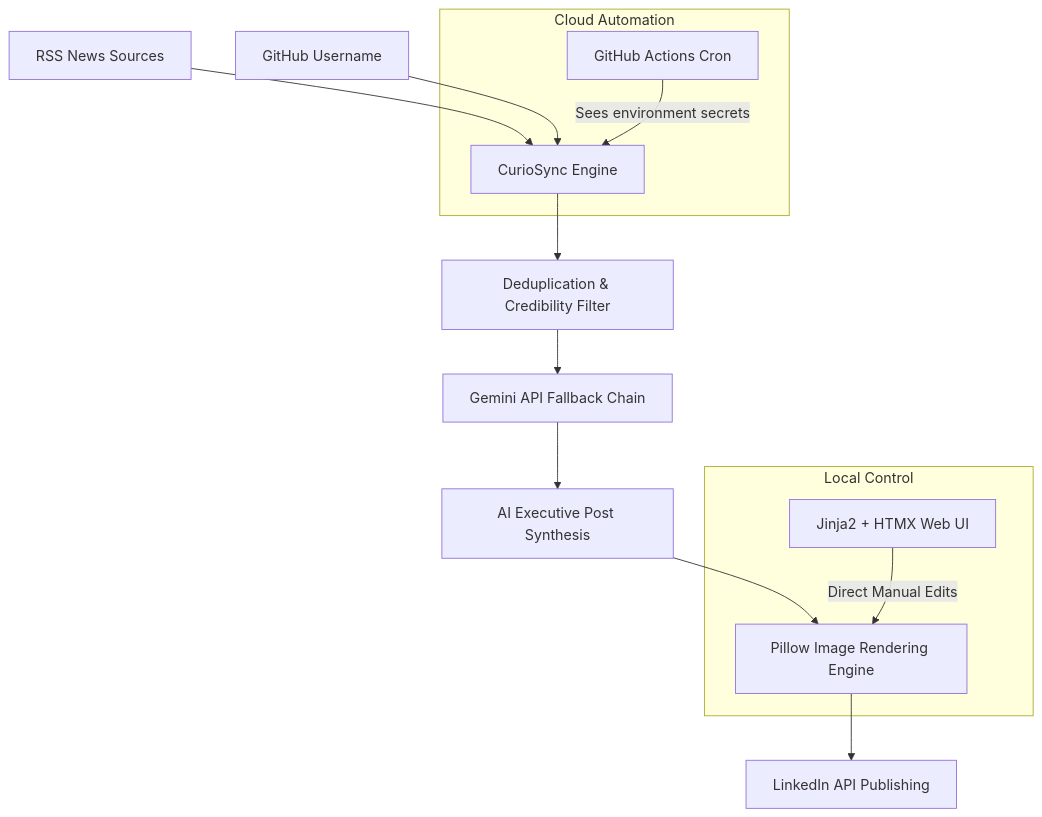
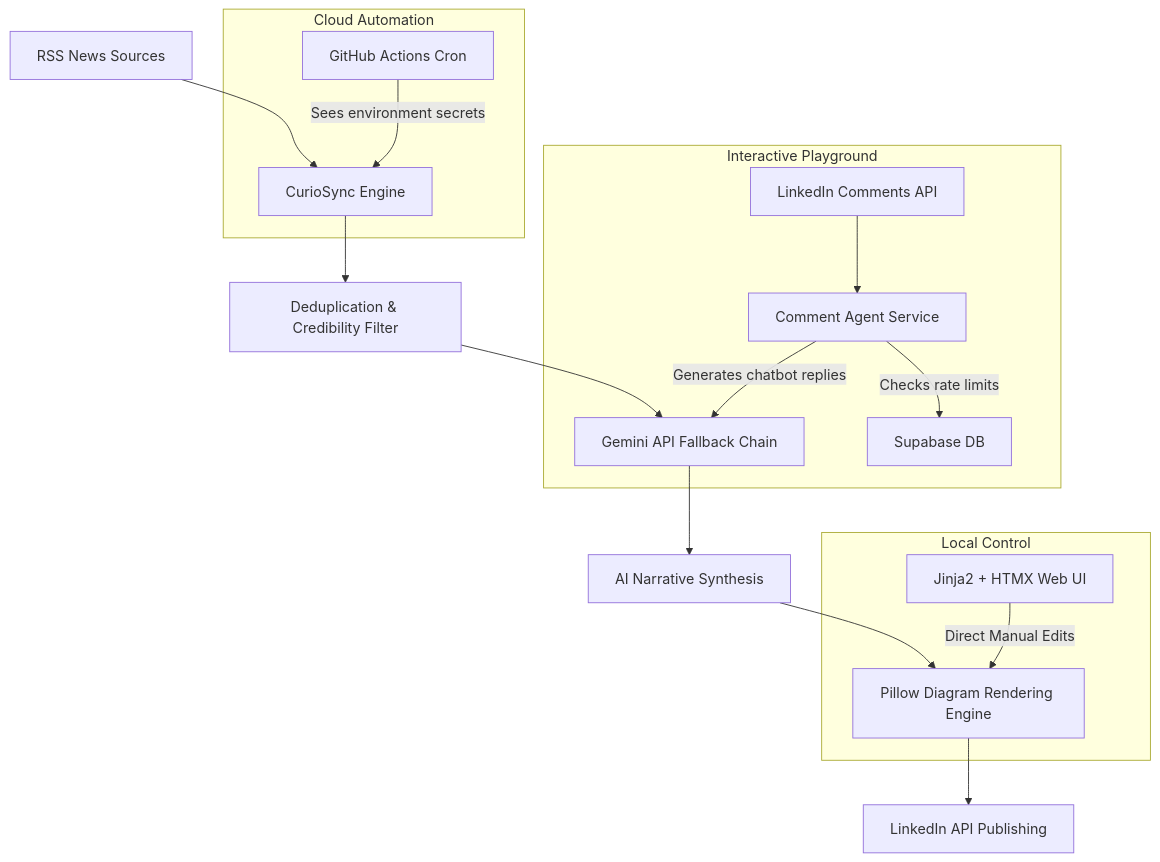
Before and after one commit to Deshraj-Jogiya/curiosync: the diagram in README.md, drawn with Mermaid. The commit also changed other lines of this file and 6 other files, not shown here.

````diff
--- a/README.md
+++ b/README.md
@@ -23,18 +23,23 @@
 ```mermaid
 graph TD
     A[RSS News Sources] --> B[CurioSync Engine]
-    C[GitHub Username] --> B
     B --> D[Deduplication & Credibility Filter]
     D --> E[Gemini API Fallback Chain]
-    E --> F[AI Executive Post Synthesis]
-    F --> G[Pillow Image Rendering Engine]
+    E --> F[AI Narrative Synthesis]
+    F --> G[Pillow Diagram Rendering Engine]
     G --> H[LinkedIn API Publishing]
     
     subgraph Cloud Automation
         I[GitHub Actions Cron] -->|Sees environment secrets| B
     end
     
     subgraph Local Control
         J[Jinja2 + HTMX Web UI] -->|Direct Manual Edits| G
     end
+    
+    subgraph Interactive Playground
+        K[LinkedIn Comments API] --> L[Comment Agent Service]
+        L -->|Checks rate limits| M[Supabase DB]
+        L -->|Generates chatbot replies| E
+    end
 ```
````
